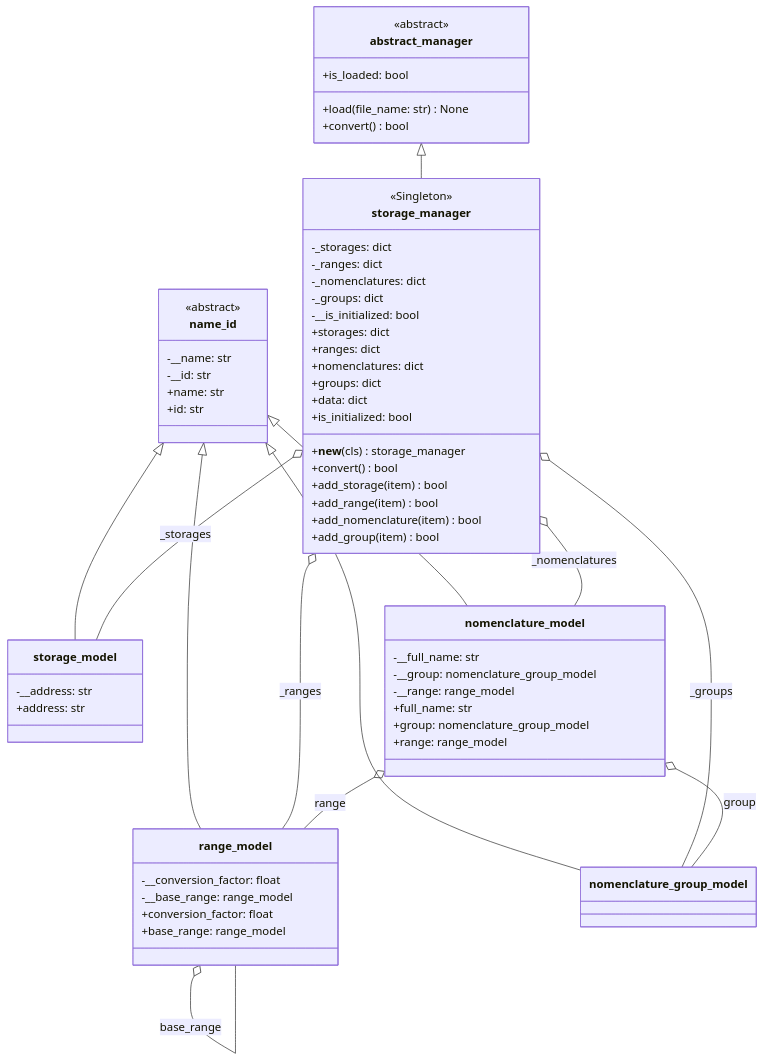
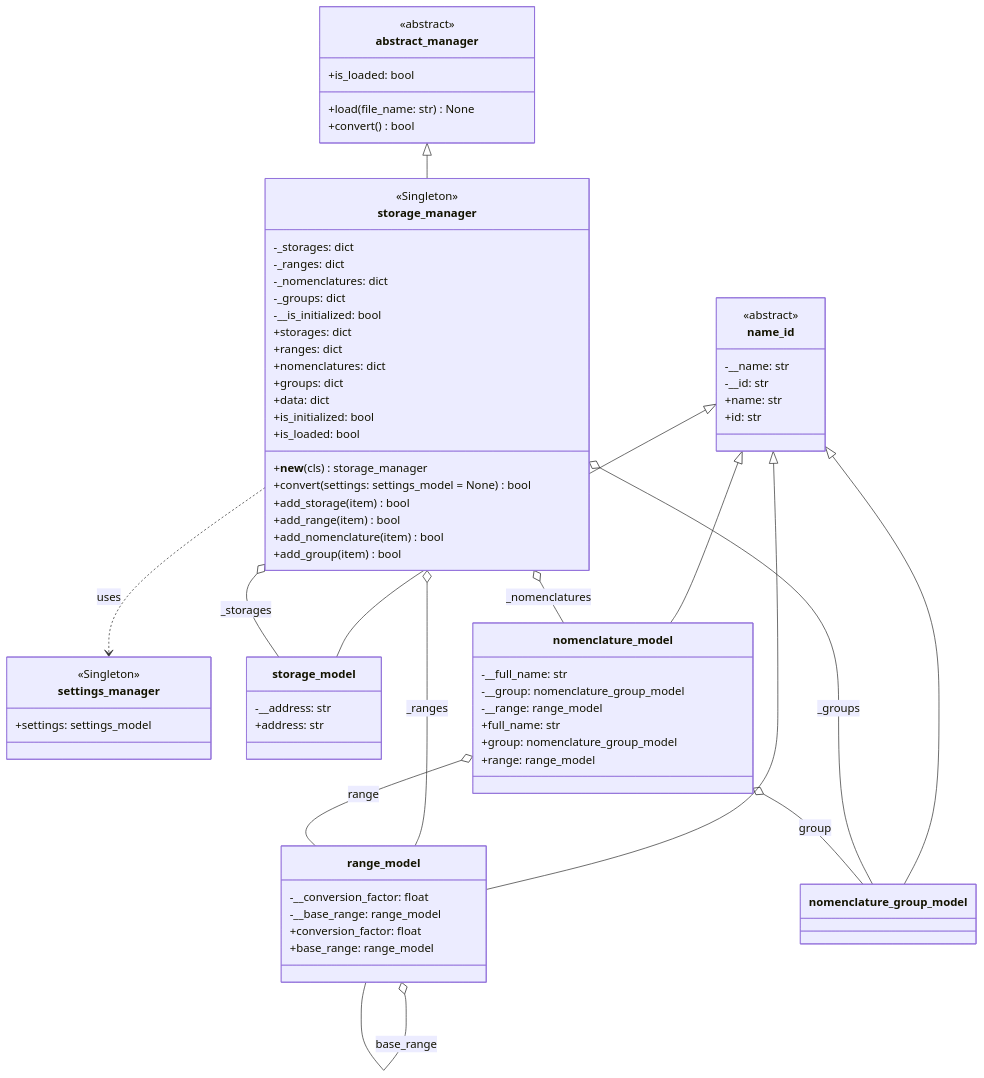
The diagram in Docs/StorageManager.md (Turik06/Patterns_Suleymanov), drawn with Mermaid before and after one commit. The commit also changed 1 other file, not shown here.

Commit message:
update uml diagramm

```diff
--- a/Docs/StorageManager.md
+++ b/Docs/StorageManager.md
@@ -19,7 +19,7 @@
         -_groups: dict
         -__is_initialized: bool
         +__new__(cls) storage_manager
-        +convert() bool
+        +convert(settings: settings_model = None) bool
         +add_storage(item) bool
         +add_range(item) bool
         +add_nomenclature(item) bool
@@ -30,6 +30,12 @@
         +groups: dict
         +data: dict
         +is_initialized: bool
+        +is_loaded: bool
+    }
+
+    class settings_manager {
+        <<Singleton>>
+        +settings: settings_model
     }
 
     class storage_model {
@@ -76,6 +82,8 @@
     storage_manager o-- nomenclature_group_model : _groups
     storage_manager o-- nomenclature_model : _nomenclatures
 
+    storage_manager ..> settings_manager : uses
+
     nomenclature_model o-- nomenclature_group_model : group
     nomenclature_model o-- range_model : range
     range_model o-- range_model : base_range
```
